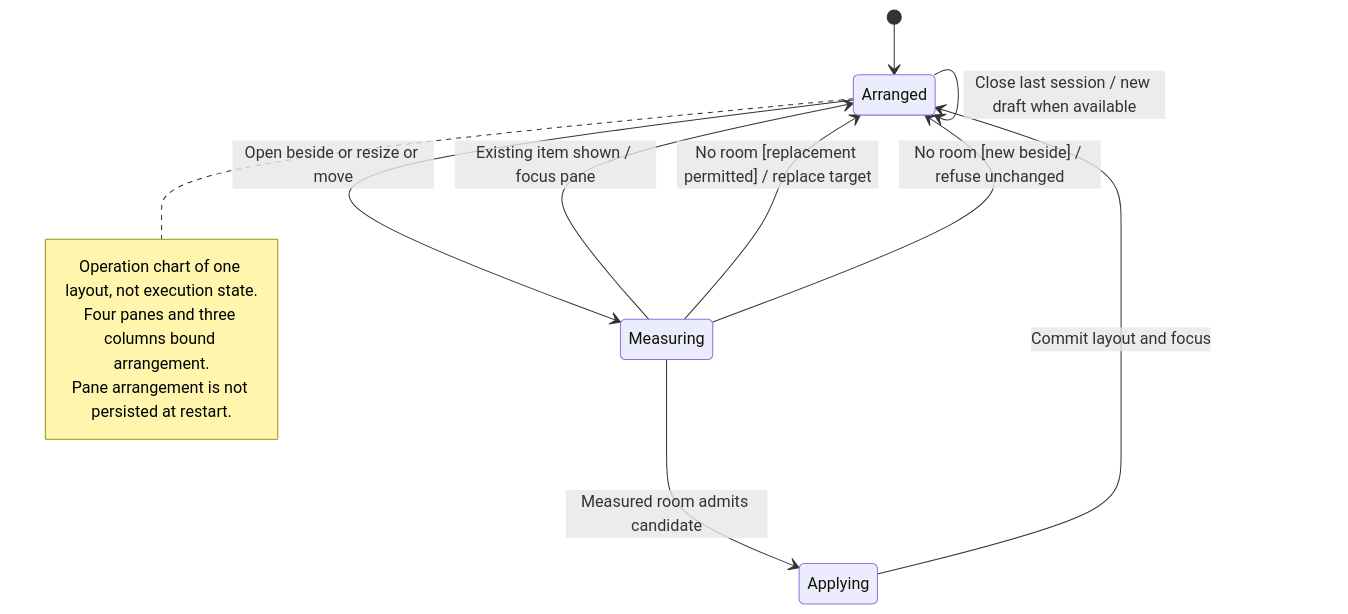
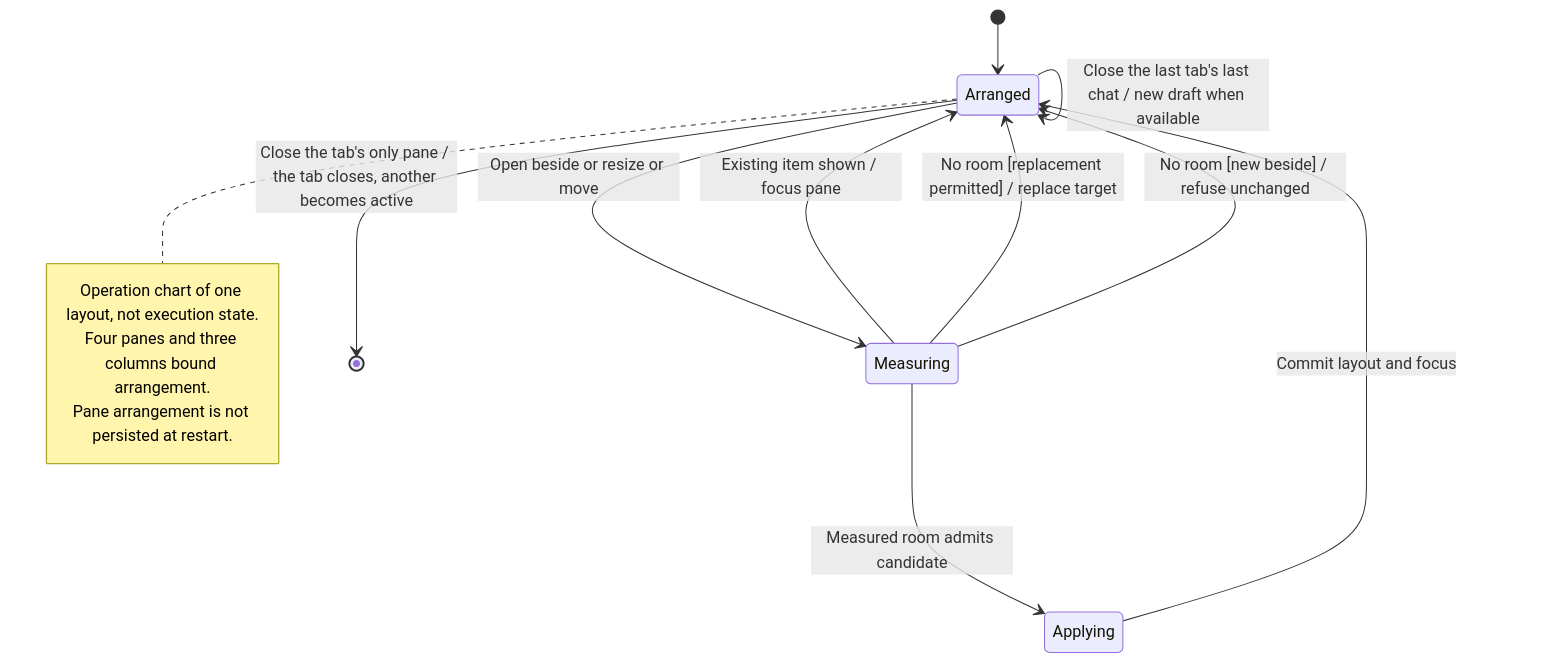
The diagram in docs/state/services/desktop/workspace/open-split-resize-and-close-panes.md (nessalabs/nessa-agent), drawn with Mermaid before and after one commit. The commit also changed other lines of this file and 29 other files, not shown here.

````diff
--- a/docs/state/services/desktop/workspace/open-split-resize-and-close-panes.md
+++ b/docs/state/services/desktop/workspace/open-split-resize-and-close-panes.md
@@ -33,17 +38,18 @@
 ```mermaid
 stateDiagram-v2
     [*] --> Arranged
     Arranged --> Measuring: Open beside or resize or move
     Measuring --> Arranged: Existing item shown / focus pane
     Measuring --> Applying: Measured room admits candidate
     Applying --> Arranged: Commit layout and focus
     Measuring --> Arranged: No room [replacement permitted] / replace target
     Measuring --> Arranged: No room [new beside] / refuse unchanged
-    Arranged --> Arranged: Close pane / reflow and choose remaining focus
-    Arranged --> Arranged: Close last session / new draft when available
+    Arranged --> Arranged: Close pane / reflow, choose remaining focus, its chat a tab of its own
+    Arranged --> [*]: Close the tab's only pane / the tab closes, another becomes active
+    Arranged --> Arranged: Close the last tab's last chat / new draft when available
     note right of Arranged
         Operation chart of one layout, not execution state.
         Four panes and three columns bound arrangement.
         Pane arrangement is not persisted at restart.
     end note
 ```
````
